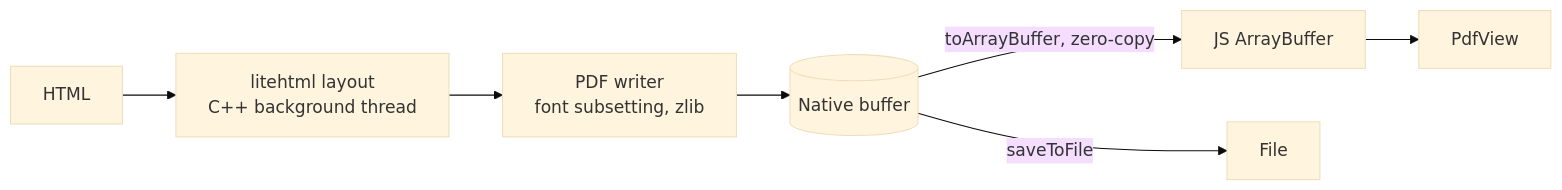
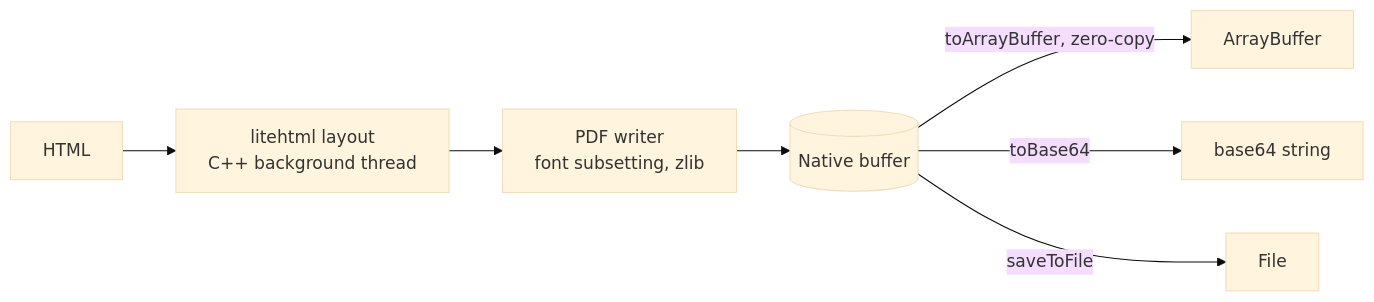
The diagram in README.md (nitinshukla413/react-native-nitro-pdf), drawn with Mermaid (base theme) before and after one commit. The commit also changed other lines of this file and 219 other files, not shown here.

Commit message:
feat: C++ HTML to PDF for React Native (ArrayBuffer, base64, file)

````diff
--- a/README.md
+++ b/README.md
@@ -244,9 +262,9 @@
 ```mermaid
 flowchart LR
   A[HTML] --> B[litehtml layout<br/>C++ background thread]
   B --> C[PDF writer<br/>font subsetting, zlib]
   C --> D[(Native buffer)]
-  D -- toArrayBuffer, zero-copy --> E[JS ArrayBuffer]
-  D -- saveToFile --> F[File]
-  E --> G[PdfView]
+  D -- toArrayBuffer, zero-copy --> E[ArrayBuffer]
+  D -- toBase64 --> F[base64 string]
+  D -- saveToFile --> G[File]
 ```
````
